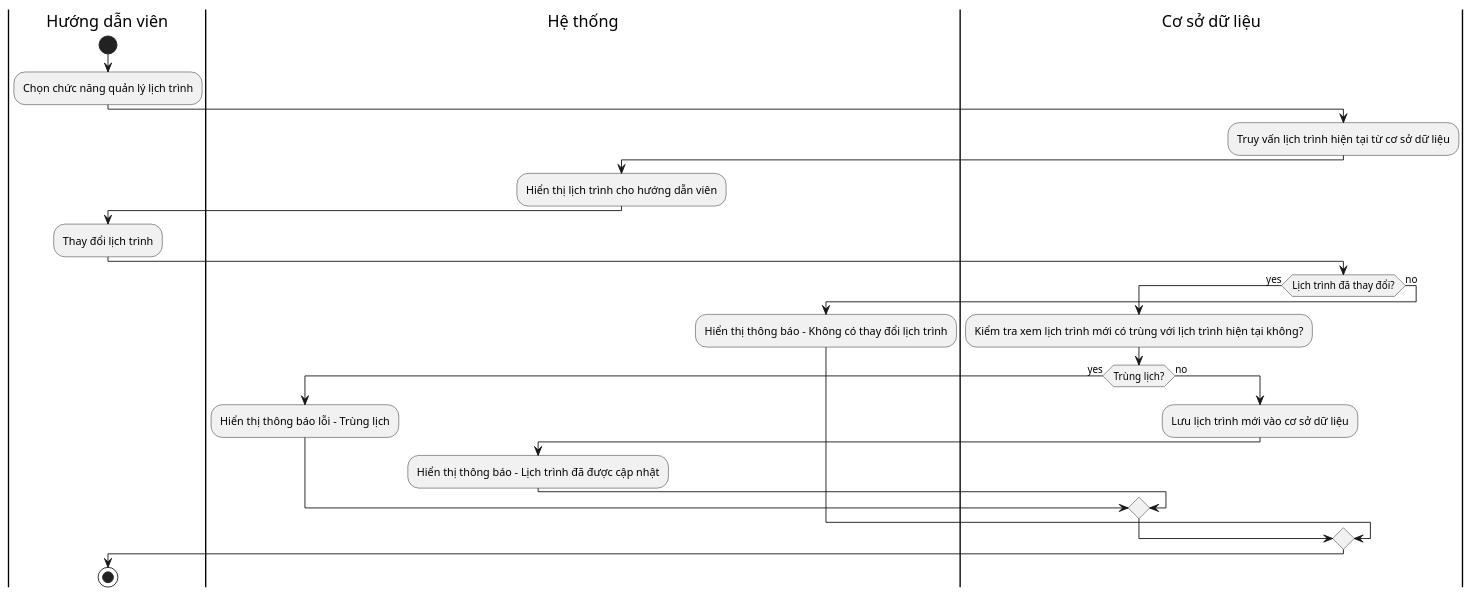
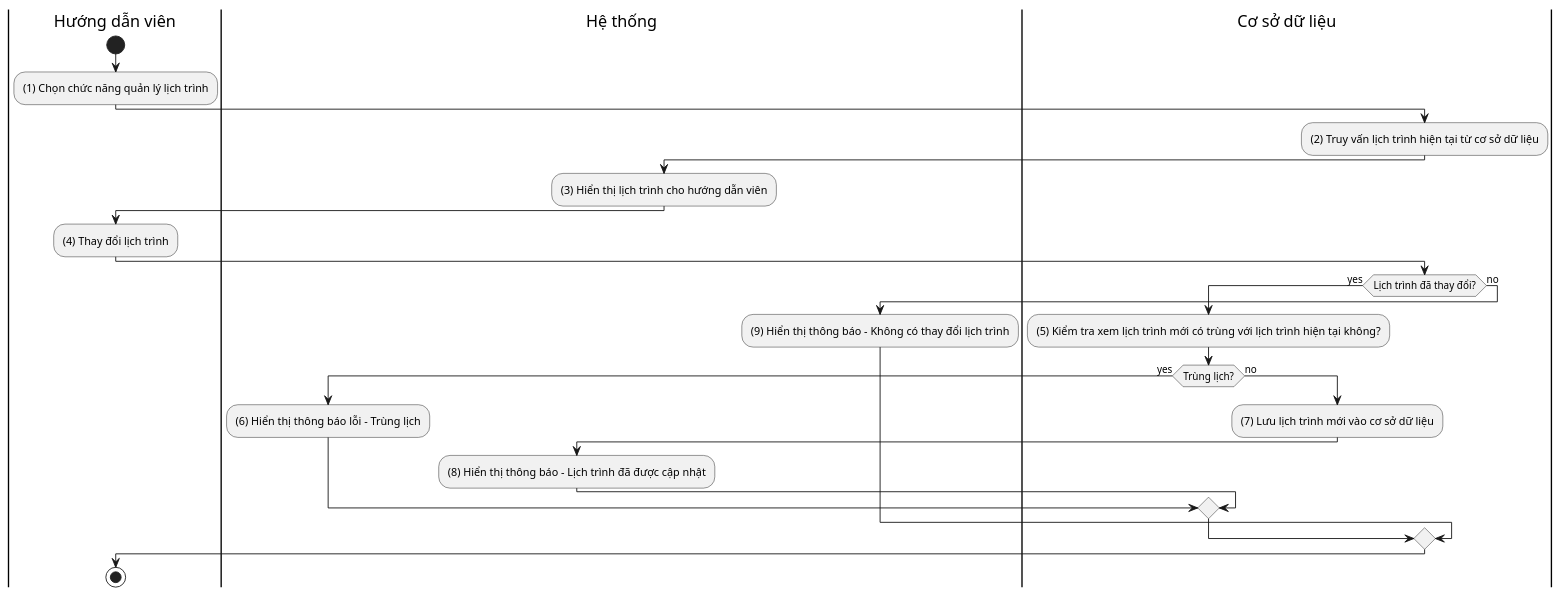
Before and after one commit to Khoitran0205/SE357-Pratice-class: the diagram in lab1.2/activity_diagrams/manageSchedule.plantuml, drawn with PlantUML. The commit also changed 10 other files, not shown here.

```diff
--- a/lab1.2/activity_diagrams/manageSchedule.plantuml
+++ b/lab1.2/activity_diagrams/manageSchedule.plantuml
@@ -1,33 +1,33 @@
 @startuml manageSchedule_activity_diagram
 |Hướng dẫn viên|
 start
-:Chọn chức năng quản lý lịch trình;
+:(1) Chọn chức năng quản lý lịch trình;
 |Hệ thống|
 |Cơ sở dữ liệu|
-:Truy vấn lịch trình hiện tại từ cơ sở dữ liệu;
+:(2) Truy vấn lịch trình hiện tại từ cơ sở dữ liệu;
 |Hệ thống|
-:Hiển thị lịch trình cho hướng dẫn viên;
+:(3) Hiển thị lịch trình cho hướng dẫn viên;
 |Hướng dẫn viên|
-:Thay đổi lịch trình;
+:(4) Thay đổi lịch trình;
 |Hệ thống|
 |Cơ sở dữ liệu|
 if (Lịch trình đã thay đổi?) then (yes)
-    :Kiểm tra xem lịch trình mới có trùng với lịch trình hiện tại không?;
+    :(5) Kiểm tra xem lịch trình mới có trùng với lịch trình hiện tại không?;
     if (Trùng lịch?) then (yes)
         |Hệ thống|
-        :Hiển thị thông báo lỗi - Trùng lịch;
+        :(6) Hiển thị thông báo lỗi - Trùng lịch;
     else (no)
         |Cơ sở dữ liệu|
-        :Lưu lịch trình mới vào cơ sở dữ liệu;
+        :(7) Lưu lịch trình mới vào cơ sở dữ liệu;
         |Hệ thống|
-        :Hiển thị thông báo - Lịch trình đã được cập nhật;
+        :(8) Hiển thị thông báo - Lịch trình đã được cập nhật;
     endif
 else (no)
     |Hệ thống|
-    :Hiển thị thông báo - Không có thay đổi lịch trình;
+    :(9) Hiển thị thông báo - Không có thay đổi lịch trình;
 endif
 |Hướng dẫn viên|
 
 stop
 
 @enduml
```
